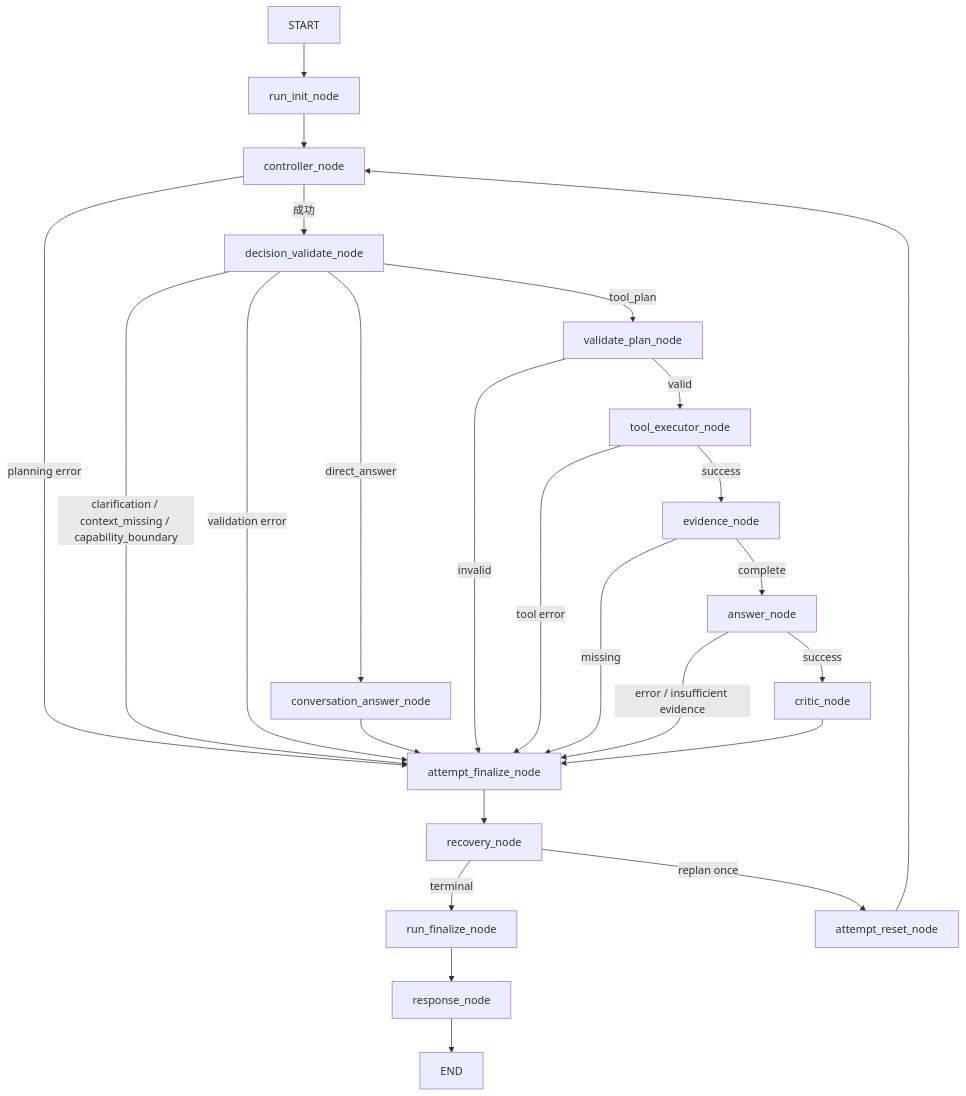
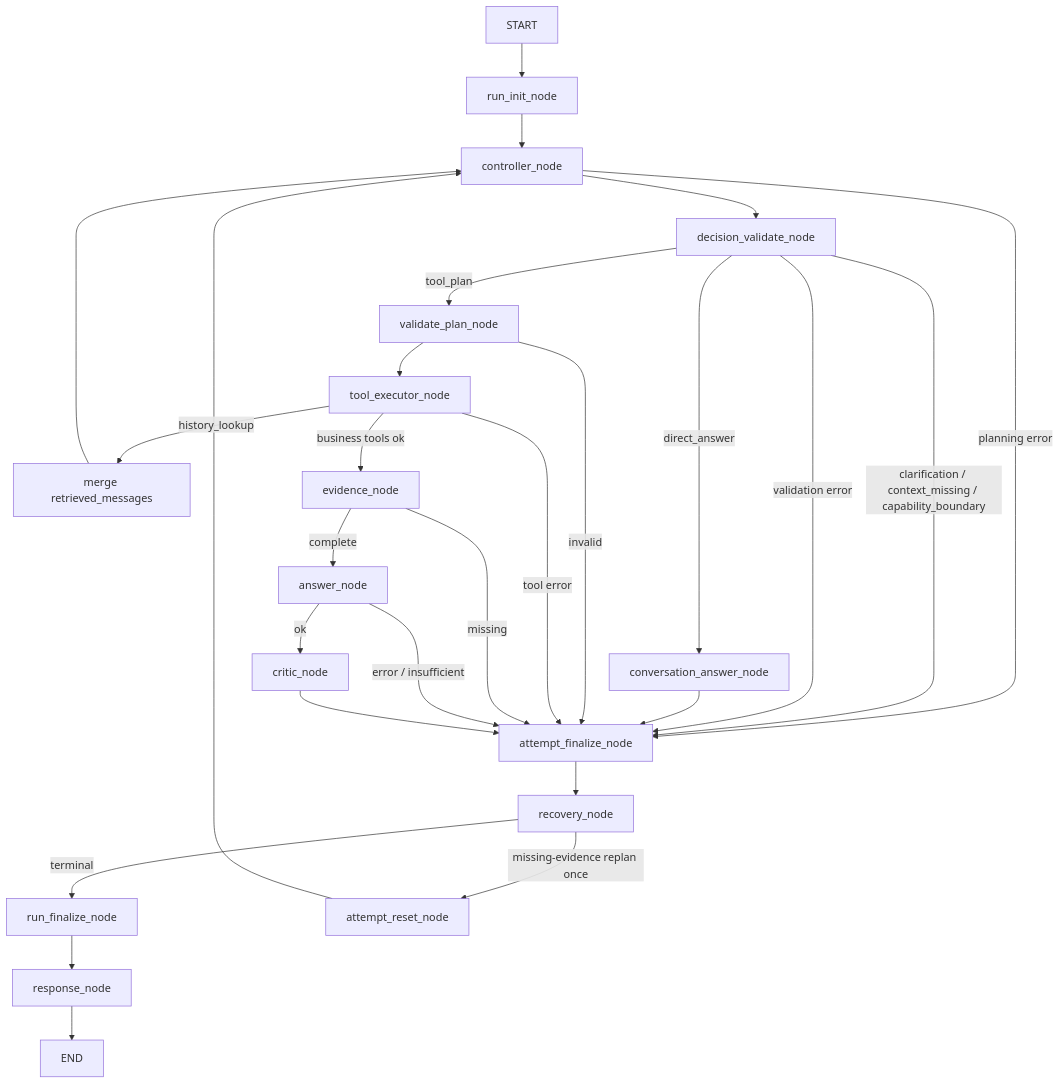
Before and after one commit to Philip23333/DotaMind: the second of 2 diagrams in docs/design/architecture/整体架构.md, drawn with Mermaid. The commit also changed other lines of this file and 25 other files, not shown here.

````diff
--- a/docs/design/architecture/整体架构.md
+++ b/docs/design/architecture/整体架构.md
@@ -58,32 +43,32 @@
 ```mermaid
 flowchart TD
-    Start["START"] --> RunInit["run_init_node"]
-    RunInit --> Controller["controller_node"]
+    Start["START"] --> Init["run_init_node"]
+    Init --> Controller["controller_node"]
+    Controller --> Decision["decision_validate_node"]
+    Controller -->|"planning error"| Attempt["attempt_finalize_node"]
 
-    Controller -->|"成功"| DecisionValidate["decision_validate_node"]
-    Controller -->|"planning error"| AttemptFinalize["attempt_finalize_node"]
+    Decision -->|"direct_answer"| Conversation["conversation_answer_node"]
+    Decision -->|"clarification / context_missing / capability_boundary"| Attempt
+    Decision -->|"tool_plan"| Validate["validate_plan_node"]
+    Decision -->|"validation error"| Attempt
 
-    DecisionValidate -->|"direct_answer"| Conversation["conversation_answer_node"]
-    DecisionValidate -->|"tool_plan"| Validate["validate_plan_node"]
-    DecisionValidate -->|"clarification / context_missing / capability_boundary"| AttemptFinalize
-    DecisionValidate -->|"validation error"| AttemptFinalize
+    Conversation --> Attempt
+    Validate -->|"invalid"| Attempt
+    Validate --> Tools["tool_executor_node"]
+    Tools -->|"history_lookup"| Lookup["merge retrieved_messages"]
+    Lookup --> Controller
+    Tools -->|"business tools ok"| Evidence["evidence_node"]
+    Tools -->|"tool error"| Attempt
+    Evidence -->|"complete"| Answer["answer_node"]
+    Evidence -->|"missing"| Attempt
+    Answer -->|"ok"| Critic["critic_node"]
+    Answer -->|"error / insufficient"| Attempt
+    Critic --> Attempt
 
-    Conversation --> AttemptFinalize
-    Validate -->|"valid"| Tools["tool_executor_node"]
-    Validate -->|"invalid"| AttemptFinalize
-
-    Tools -->|"success"| Evidence["evidence_node"]
-    Tools -->|"tool error"| AttemptFinalize
-    Evidence -->|"complete"| Answer["answer_node"]
-    Evidence -->|"missing"| AttemptFinalize
-    Answer -->|"success"| Critic["critic_node"]
-    Answer -->|"error / insufficient evidence"| AttemptFinalize
-    Critic --> AttemptFinalize
-
-    AttemptFinalize --> Recovery["recovery_node"]
+    Attempt --> Recovery["recovery_node"]
     Recovery -->|"terminal"| RunFinalize["run_finalize_node"]
-    Recovery -->|"replan once"| AttemptReset["attempt_reset_node"]
-    AttemptReset --> Controller
+    Recovery -->|"missing-evidence replan once"| Reset["attempt_reset_node"]
+    Reset --> Controller
     RunFinalize --> Response["response_node"]
     Response --> End["END"]
 ```
````
